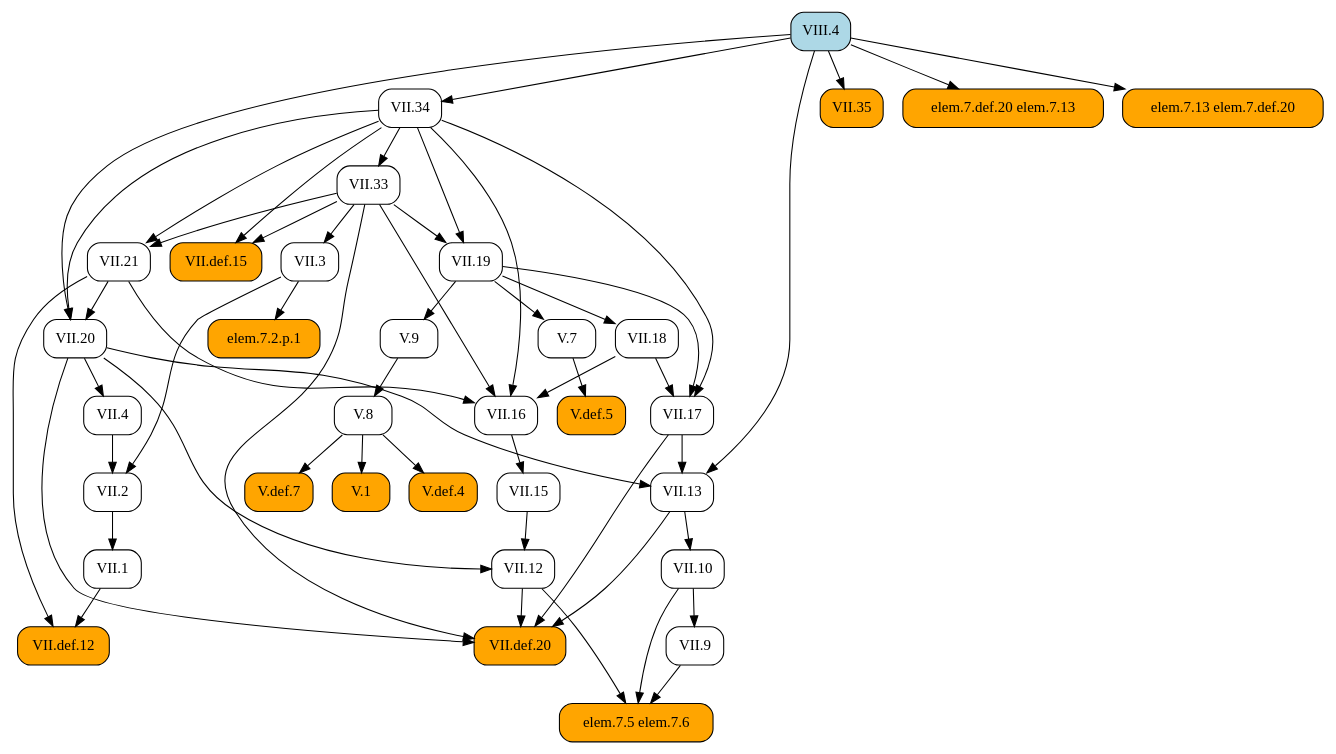
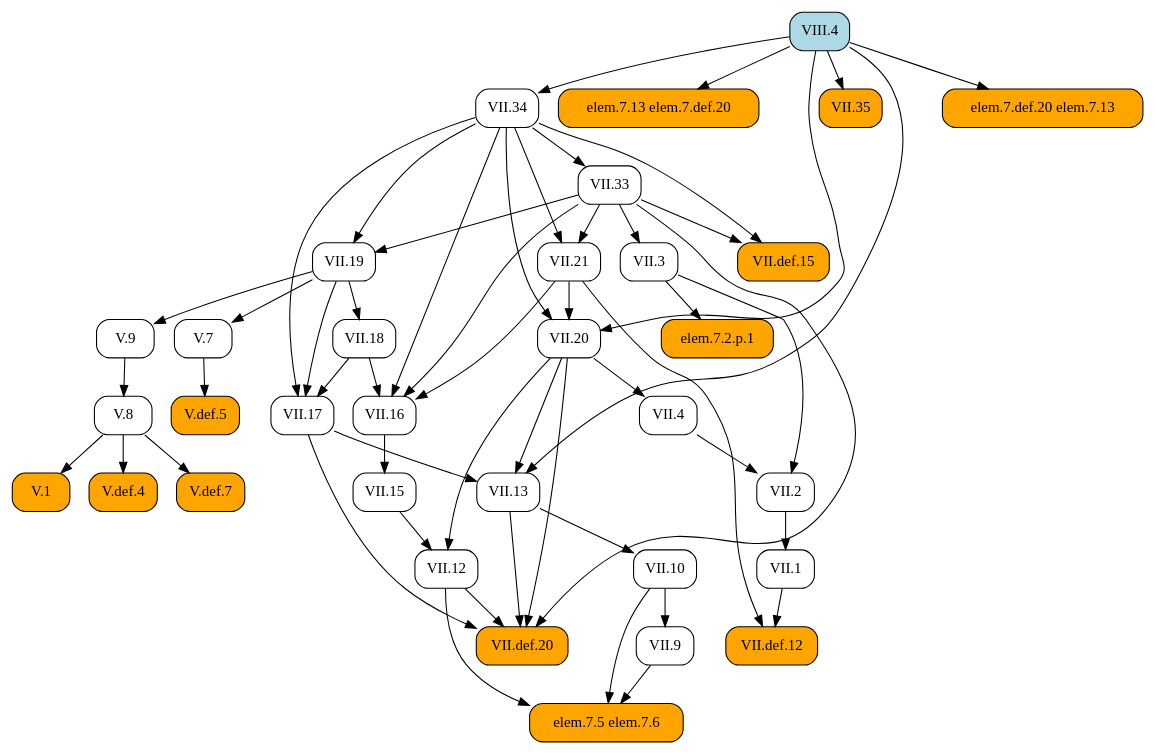
Before and after one commit to geometor/elements: the diagram in docsrc/heath/VIII/4/index.rst, drawn with Graphviz. The commit also changed other lines of this file and 1029 other files, not shown here.

```diff
--- a/docsrc/heath/VIII/4/index.rst
+++ b/docsrc/heath/VIII/4/index.rst
@@ -106,90 +106,90 @@
    digraph {
      rankdir="TB";
      node [shape=box, style=rounded];
-     "V.1" [style="rounded,filled", fillcolor=orange, URL="/heath/V/1/", target="_top"];
-     "VII.12" [URL="/heath/VII/12/", target="_top"];
-     "VII.35" [style="rounded,filled", fillcolor=orange, URL="/heath/VII/35/", target="_top"];
-     "VIII.4" [style="rounded,filled", fillcolor=lightblue, URL="/heath/VIII/4/", target="_top"];
-     "VII.16" [URL="/heath/VII/16/", target="_top"];
-     "VII.13" [URL="/heath/VII/13/", target="_top"];
-     "elem.7.def.20 elem.7.13" [style="rounded,filled", fillcolor=orange];
-     "V.def.4" [style="rounded,filled", fillcolor=orange, URL="/heath/V/def.4/", target="_top"];
-     "VII.def.15" [style="rounded,filled", fillcolor=orange, URL="/heath/VII/def.15/", target="_top"];
-     "VII.18" [URL="/heath/VII/18/", target="_top"];
-     "V.8" [URL="/heath/V/8/", target="_top"];
-     "VII.21" [URL="/heath/VII/21/", target="_top"];
-     "V.7" [URL="/heath/V/7/", target="_top"];
-     "VII.15" [URL="/heath/VII/15/", target="_top"];
-     "VII.def.12" [style="rounded,filled", fillcolor=orange, URL="/heath/VII/def.12/", target="_top"];
-     "VII.34" [URL="/heath/VII/34/", target="_top"];
-     "VII.2" [URL="/heath/VII/2/", target="_top"];
-     "VII.def.20" [style="rounded,filled", fillcolor=orange, URL="/heath/VII/def.20/", target="_top"];
-     "elem.7.5 elem.7.6" [style="rounded,filled", fillcolor=orange];
-     "VII.3" [URL="/heath/VII/3/", target="_top"];
-     "VII.10" [URL="/heath/VII/10/", target="_top"];
-     "V.def.7" [style="rounded,filled", fillcolor=orange, URL="/heath/V/def.7/", target="_top"];
-     "VII.20" [URL="/heath/VII/20/", target="_top"];
+     "VII.1" [URL="/heath/VII/1/", target="_top"];
      "VII.9" [URL="/heath/VII/9/", target="_top"];
-     "VII.19" [URL="/heath/VII/19/", target="_top"];
-     "VII.4" [URL="/heath/VII/4/", target="_top"];
-     "elem.7.2.p.1" [style="rounded,filled", fillcolor=orange];
-     "V.9" [URL="/heath/V/9/", target="_top"];
-     "VII.1" [URL="/heath/VII/1/", target="_top"];
-     "elem.7.13 elem.7.def.20" [style="rounded,filled", fillcolor=orange];
-     "VII.33" [URL="/heath/VII/33/", target="_top"];
      "V.def.5" [style="rounded,filled", fillcolor=orange, URL="/heath/V/def.5/", target="_top"];
      "VII.17" [URL="/heath/VII/17/", target="_top"];
-     "V.8" -> "V.1";
+     "VII.3" [URL="/heath/VII/3/", target="_top"];
+     "elem.7.5 elem.7.6" [style="rounded,filled", fillcolor=orange];
+     "V.7" [URL="/heath/V/7/", target="_top"];
+     "V.9" [URL="/heath/V/9/", target="_top"];
+     "VII.13" [URL="/heath/VII/13/", target="_top"];
+     "VII.2" [URL="/heath/VII/2/", target="_top"];
+     "VII.12" [URL="/heath/VII/12/", target="_top"];
+     "elem.7.13 elem.7.def.20" [style="rounded,filled", fillcolor=orange];
+     "VII.def.12" [style="rounded,filled", fillcolor=orange, URL="/heath/VII/def.12/", target="_top"];
+     "V.8" [URL="/heath/V/8/", target="_top"];
+     "VII.33" [URL="/heath/VII/33/", target="_top"];
+     "elem.7.2.p.1" [style="rounded,filled", fillcolor=orange];
+     "VII.10" [URL="/heath/VII/10/", target="_top"];
+     "VII.def.15" [style="rounded,filled", fillcolor=orange, URL="/heath/VII/def.15/", target="_top"];
+     "VII.19" [URL="/heath/VII/19/", target="_top"];
+     "VII.18" [URL="/heath/VII/18/", target="_top"];
+     "VII.16" [URL="/heath/VII/16/", target="_top"];
+     "VII.4" [URL="/heath/VII/4/", target="_top"];
+     "VII.21" [URL="/heath/VII/21/", target="_top"];
+     "V.1" [style="rounded,filled", fillcolor=orange, URL="/heath/V/1/", target="_top"];
+     "VIII.4" [style="rounded,filled", fillcolor=lightblue, URL="/heath/VIII/4/", target="_top"];
+     "VII.20" [URL="/heath/VII/20/", target="_top"];
+     "VII.35" [style="rounded,filled", fillcolor=orange, URL="/heath/VII/35/", target="_top"];
+     "VII.34" [URL="/heath/VII/34/", target="_top"];
+     "V.def.4" [style="rounded,filled", fillcolor=orange, URL="/heath/V/def.4/", target="_top"];
+     "V.def.7" [style="rounded,filled", fillcolor=orange, URL="/heath/V/def.7/", target="_top"];
+     "VII.15" [URL="/heath/VII/15/", target="_top"];
+     "VII.def.20" [style="rounded,filled", fillcolor=orange, URL="/heath/VII/def.20/", target="_top"];
+     "elem.7.def.20 elem.7.13" [style="rounded,filled", fillcolor=orange];
+     "VII.2" -> "VII.1";
+     "VII.10" -> "VII.9";
+     "V.7" -> "V.def.5";
+     "VII.18" -> "VII.17";
+     "VII.19" -> "VII.17";
+     "VII.34" -> "VII.17";
+     "VII.33" -> "VII.3";
+     "VII.9" -> "elem.7.5 elem.7.6";
+     "VII.10" -> "elem.7.5 elem.7.6";
+     "VII.12" -> "elem.7.5 elem.7.6";
+     "VII.19" -> "V.7";
+     "VII.19" -> "V.9";
+     "VII.17" -> "VII.13";
+     "VII.20" -> "VII.13";
+     "VIII.4" -> "VII.13";
+     "VII.3" -> "VII.2";
+     "VII.4" -> "VII.2";
      "VII.15" -> "VII.12";
      "VII.20" -> "VII.12";
-     "VIII.4" -> "VII.35";
+     "VIII.4" -> "elem.7.13 elem.7.def.20";
+     "VII.1" -> "VII.def.12";
+     "VII.21" -> "VII.def.12";
+     "V.9" -> "V.8";
+     "VII.34" -> "VII.33";
+     "VII.3" -> "elem.7.2.p.1";
+     "VII.13" -> "VII.10";
+     "VII.33" -> "VII.def.15";
+     "VII.34" -> "VII.def.15";
+     "VII.33" -> "VII.19";
+     "VII.34" -> "VII.19";
+     "VII.19" -> "VII.18";
      "VII.18" -> "VII.16";
      "VII.21" -> "VII.16";
      "VII.33" -> "VII.16";
      "VII.34" -> "VII.16";
-     "VII.17" -> "VII.13";
-     "VII.20" -> "VII.13";
-     "VIII.4" -> "VII.13";
-     "VIII.4" -> "elem.7.def.20 elem.7.13";
-     "V.8" -> "V.def.4";
-     "VII.33" -> "VII.def.15";
-     "VII.34" -> "VII.def.15";
-     "VII.19" -> "VII.18";
-     "V.9" -> "V.8";
+     "VII.20" -> "VII.4";
      "VII.33" -> "VII.21";
      "VII.34" -> "VII.21";
-     "VII.19" -> "V.7";
+     "V.8" -> "V.1";
+     "VII.21" -> "VII.20";
+     "VII.34" -> "VII.20";
+     "VIII.4" -> "VII.20";
+     "VIII.4" -> "VII.35";
+     "VIII.4" -> "VII.34";
+     "V.8" -> "V.def.4";
+     "V.8" -> "V.def.7";
      "VII.16" -> "VII.15";
-     "VII.1" -> "VII.def.12";
-     "VII.21" -> "VII.def.12";
-     "VIII.4" -> "VII.34";
-     "VII.3" -> "VII.2";
-     "VII.4" -> "VII.2";
      "VII.12" -> "VII.def.20";
      "VII.13" -> "VII.def.20";
      "VII.17" -> "VII.def.20";
      "VII.20" -> "VII.def.20";
      "VII.33" -> "VII.def.20";
-     "VII.9" -> "elem.7.5 elem.7.6";
-     "VII.10" -> "elem.7.5 elem.7.6";
-     "VII.12" -> "elem.7.5 elem.7.6";
-     "VII.33" -> "VII.3";
-     "VII.13" -> "VII.10";
-     "V.8" -> "V.def.7";
-     "VII.21" -> "VII.20";
-     "VII.34" -> "VII.20";
-     "VIII.4" -> "VII.20";
-     "VII.10" -> "VII.9";
-     "VII.33" -> "VII.19";
-     "VII.34" -> "VII.19";
-     "VII.20" -> "VII.4";
-     "VII.3" -> "elem.7.2.p.1";
-     "VII.19" -> "V.9";
-     "VII.2" -> "VII.1";
-     "VIII.4" -> "elem.7.13 elem.7.def.20";
-     "VII.34" -> "VII.33";
-     "V.7" -> "V.def.5";
-     "VII.18" -> "VII.17";
-     "VII.19" -> "VII.17";
-     "VII.34" -> "VII.17";
+     "VIII.4" -> "elem.7.def.20 elem.7.13";
    }
```
